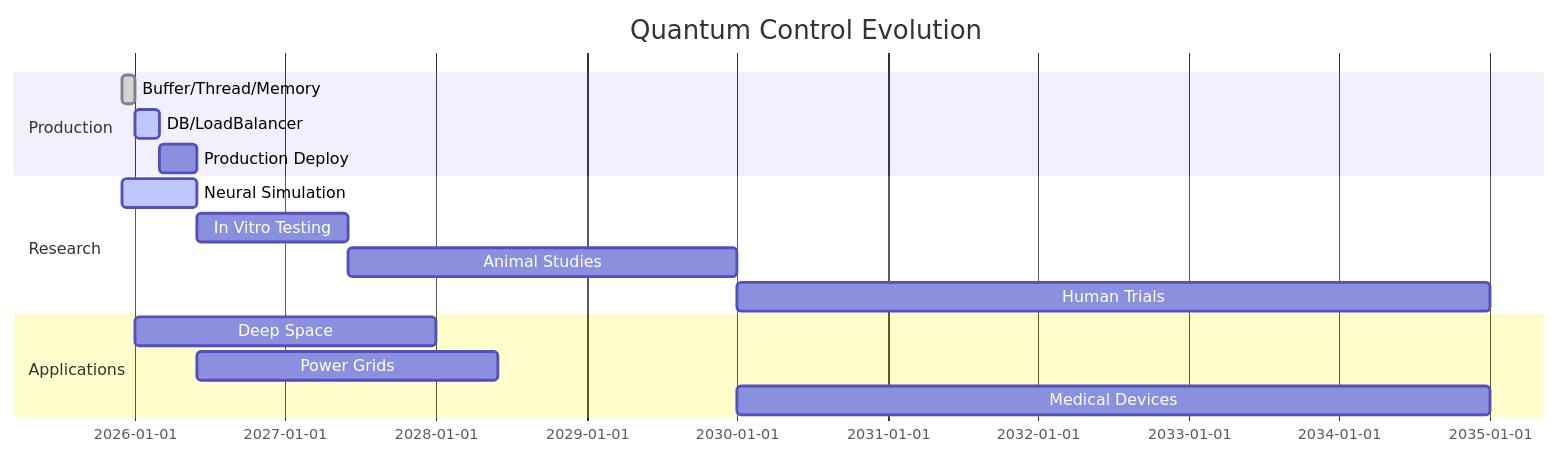
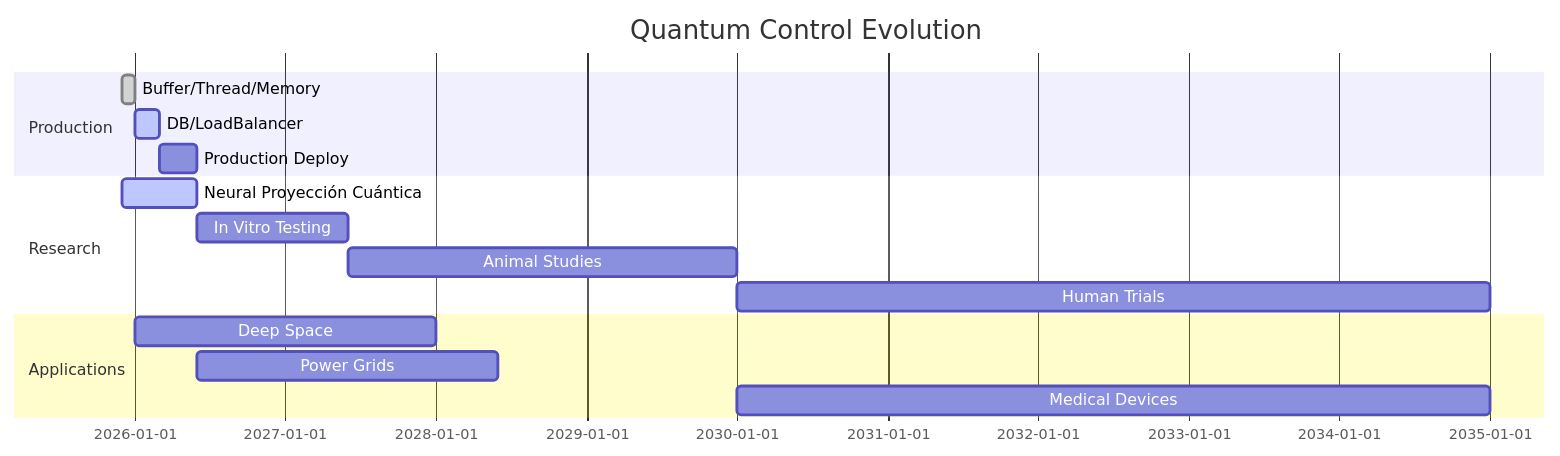
One commit to jenovoas/sentinel changed the ninth of 9 diagrams in docs/ARCHITECTURE_DIAGRAMS.md. Above: the diagram before and after it, drawn with Mermaid. The commit also changed 549 other files, not shown here.

````diff
--- a/docs/ARCHITECTURE_DIAGRAMS.md
+++ b/docs/ARCHITECTURE_DIAGRAMS.md
@@ -354,20 +354,20 @@
 ```mermaid
 gantt
     title Quantum Control Evolution
     dateFormat YYYY-MM
     section Production
     Buffer/Thread/Memory    :done, 2025-12, 2026-01
     DB/LoadBalancer        :active, 2026-01, 2026-03
     Production Deploy      :2026-03, 2026-06
     
     section Research
-    Neural Simulation      :active, 2025-12, 2026-06
+    Neural Proyección Cuántica      :active, 2025-12, 2026-06
     In Vitro Testing       :2026-06, 2027-06
     Animal Studies         :2027-06, 2030-01
     Human Trials           :2030-01, 2035-01
     
     section Applications
     Deep Space             :2026-01, 2028-01
     Power Grids            :2026-06, 2028-06
     Medical Devices        :2030-01, 2035-01
 ```
````
